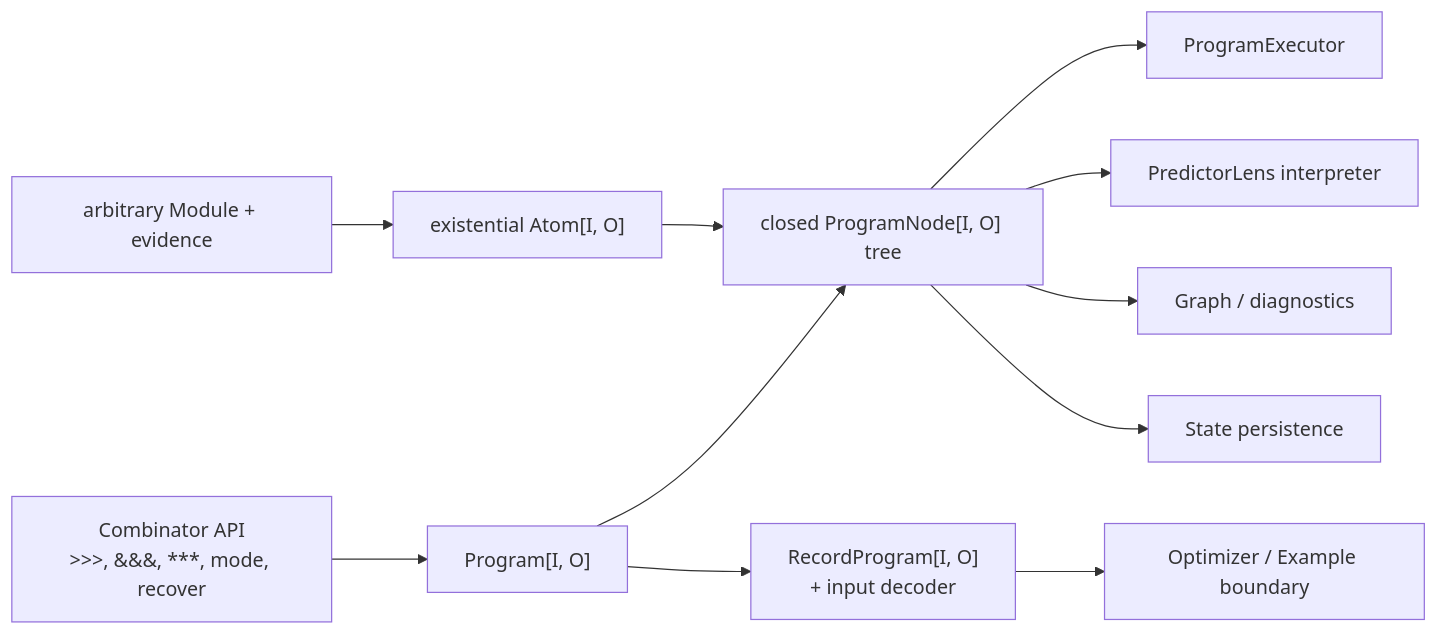
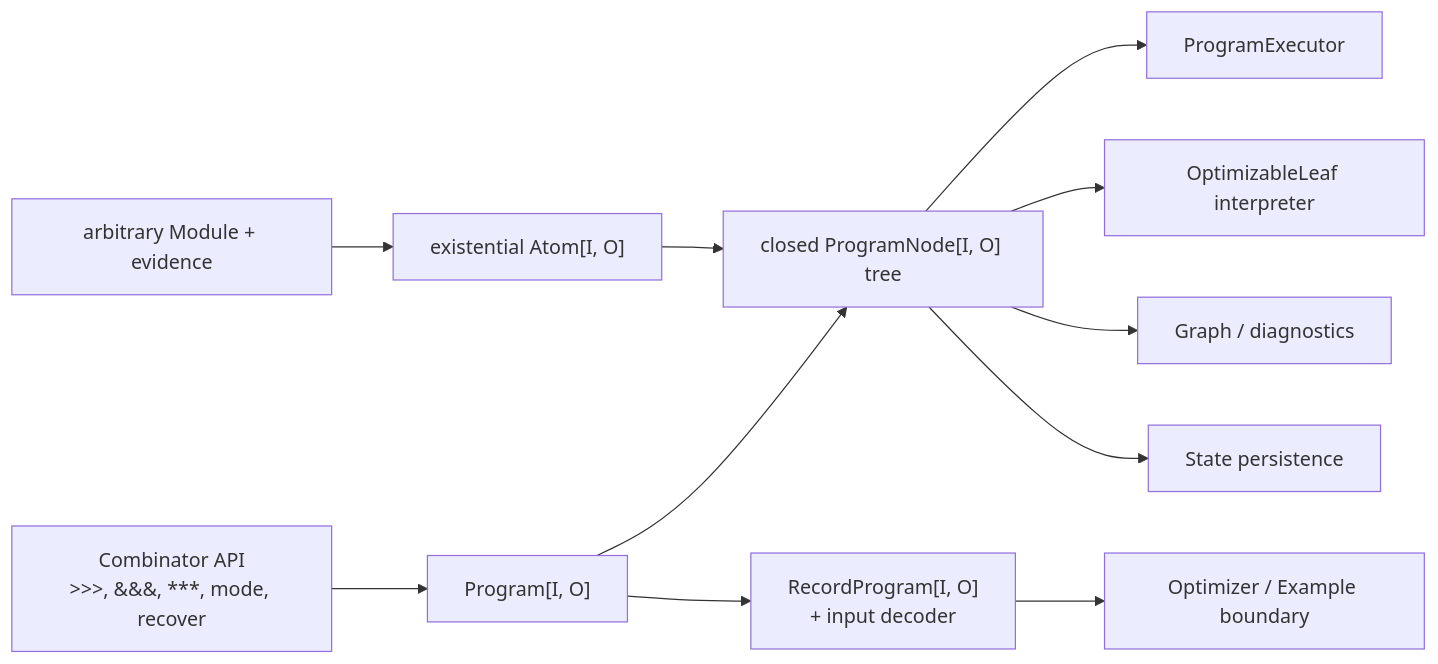
Before and after one commit to jpablo/dspy4s: the diagram in docs/refactor/program-ast-interpreters.md, drawn with Mermaid. The commit also changed other lines of this file and 83 other files, not shown here.

````diff
--- a/docs/refactor/program-ast-interpreters.md
+++ b/docs/refactor/program-ast-interpreters.md
@@ -85,13 +85,13 @@
 ```mermaid
 flowchart LR
     API["Combinator API\n>>>, &&&, ***, mode, recover"] --> Program["Program[I, O]"]
     Program --> Node["closed ProgramNode[I, O] tree"]
     Module["arbitrary Module + evidence"] --> Atom["existential Atom[I, O]"]
     Atom --> Node
     Node --> Run["ProgramExecutor"]
-    Node --> Params["PredictorLens interpreter"]
+    Node --> Params["OptimizableLeaf interpreter"]
     Node --> Graph["Graph / diagnostics"]
     Node --> State["State persistence"]
     Program --> Record["RecordProgram[I, O]\n+ input decoder"]
     Record --> Optimizer["Optimizer / Example boundary"]
 ```
````
